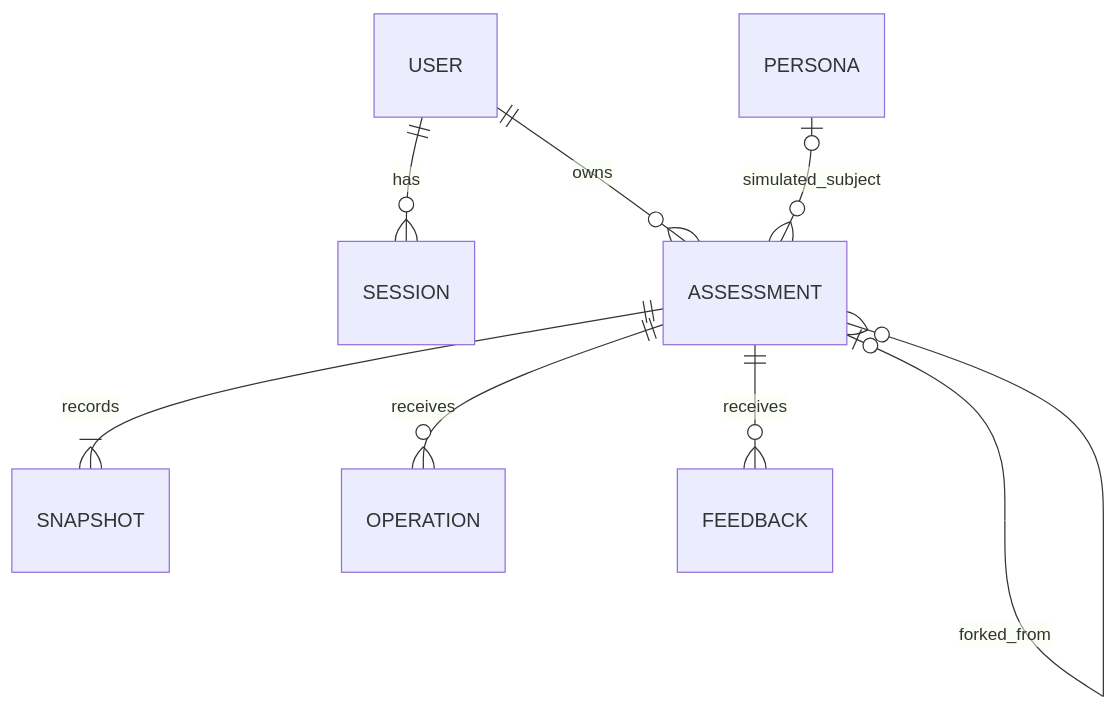
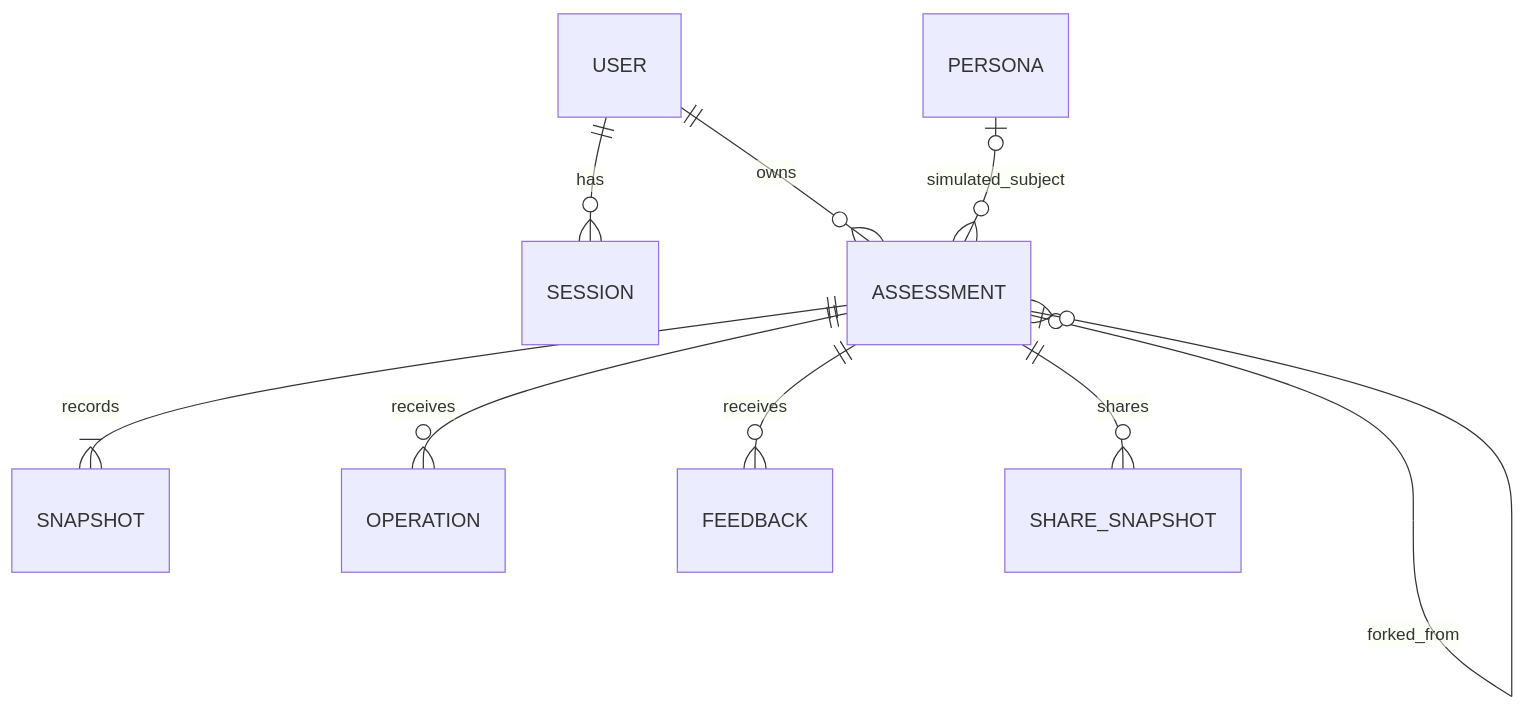
Before and after one commit to transitive-bullshit/doom-or-bloom: the diagram in docs/PERSISTENCE.md, drawn with Mermaid. The commit also changed other lines of this file and 26 other files, not shown here.

````diff
--- a/docs/PERSISTENCE.md
+++ b/docs/PERSISTENCE.md
@@ -58,10 +62,11 @@
 ```mermaid
 erDiagram
     USER ||--o{ SESSION : has
     USER ||--o{ ASSESSMENT : owns
     ASSESSMENT ||--|{ SNAPSHOT : records
     ASSESSMENT ||--o{ OPERATION : receives
     ASSESSMENT ||--o{ FEEDBACK : receives
+    ASSESSMENT ||--o{ SHARE_SNAPSHOT : shares
     ASSESSMENT o|--o{ ASSESSMENT : forked_from
     PERSONA o|--o{ ASSESSMENT : simulated_subject
 ```
````
